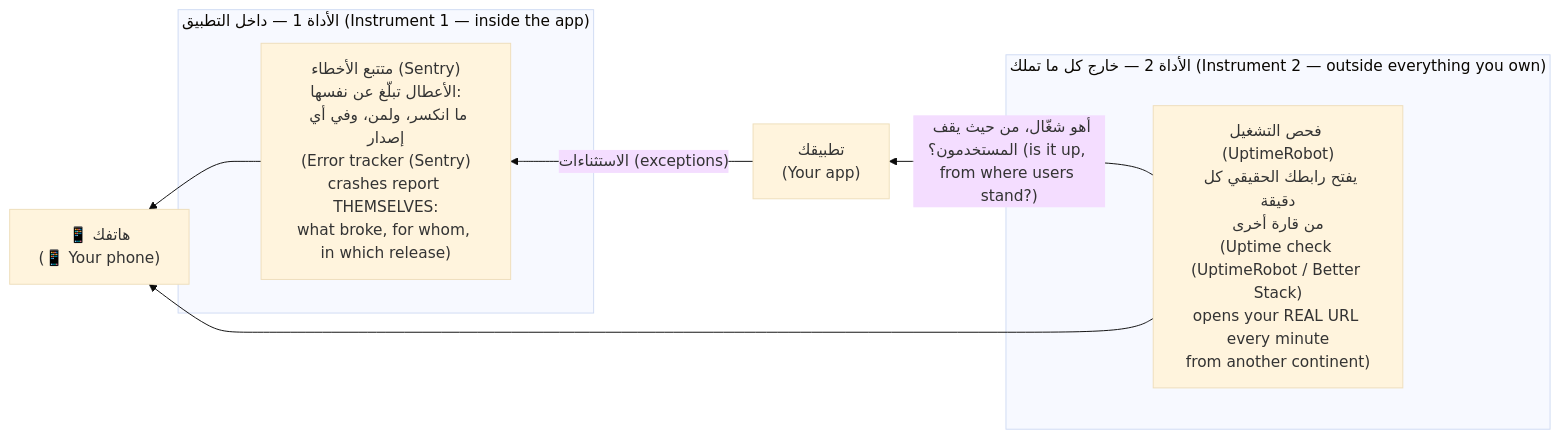
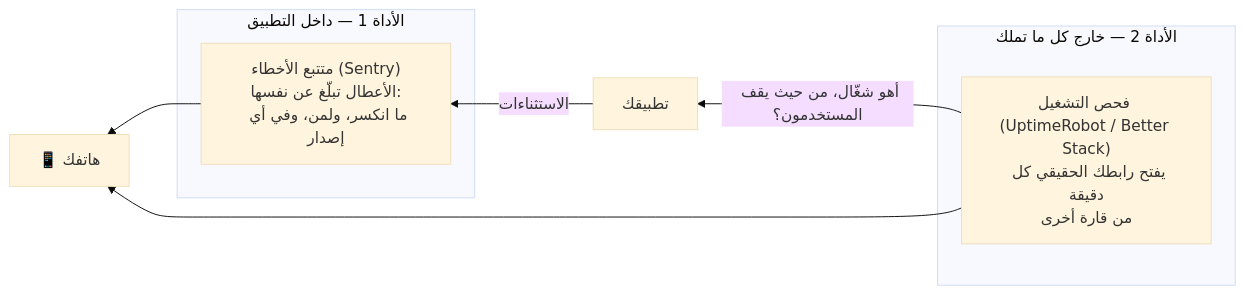
The diagram in modules/01-anatomy-of-a-real-app/lesson-3-day-one-eyes.ar.md (Tamoura/system-design-for-vibe-coders), drawn with Mermaid (base theme) before and after one commit. The commit also changed other lines of this file and 551 other files, not shown here.

````diff
--- a/modules/01-anatomy-of-a-real-app/lesson-3-day-one-eyes.ar.md
+++ b/modules/01-anatomy-of-a-real-app/lesson-3-day-one-eyes.ar.md
@@ -23,13 +23,13 @@
 ```mermaid
 flowchart RL
-    subgraph inside["الأداة 1 — داخل التطبيق (Instrument 1 — inside the app)"]
-        E["متتبع الأخطاء (Sentry)<br/>الأعطال تبلّغ عن نفسها:<br/>ما انكسر، ولمن، وفي أي إصدار<br/>(Error tracker (Sentry)<br/>crashes report THEMSELVES:<br/>what broke, for whom, in which release)"]
+    subgraph inside["الأداة 1 — داخل التطبيق"]
+        E["متتبع الأخطاء (Sentry)<br/>الأعطال تبلّغ عن نفسها:<br/>ما انكسر، ولمن، وفي أي إصدار"]
     end
-    subgraph outside["الأداة 2 — خارج كل ما تملك (Instrument 2 — outside everything you own)"]
-        U["فحص التشغيل (UptimeRobot)<br/>يفتح رابطك الحقيقي كل دقيقة<br/>من قارة أخرى<br/>(Uptime check (UptimeRobot / Better Stack)<br/>opens your REAL URL every minute<br/>from another continent)"]
+    subgraph outside["الأداة 2 — خارج كل ما تملك"]
+        U["فحص التشغيل (UptimeRobot / Better Stack)<br/>يفتح رابطك الحقيقي كل دقيقة<br/>من قارة أخرى"]
     end
-    APP["تطبيقك<br/>(Your app)"] -->|"الاستثناءات (exceptions)"| E
-    U -->|"أهو شغّال، من حيث يقف المستخدمون؟ (is it up, from where users stand?)"| APP
-    E --> PHONE["📱 هاتفك<br/>(📱 Your phone)"]
+    APP["تطبيقك"] -->|"الاستثناءات"| E
+    U -->|"أهو شغّال، من حيث يقف المستخدمون؟"| APP
+    E --> PHONE["📱 هاتفك"]
     U --> PHONE
 ```
````
